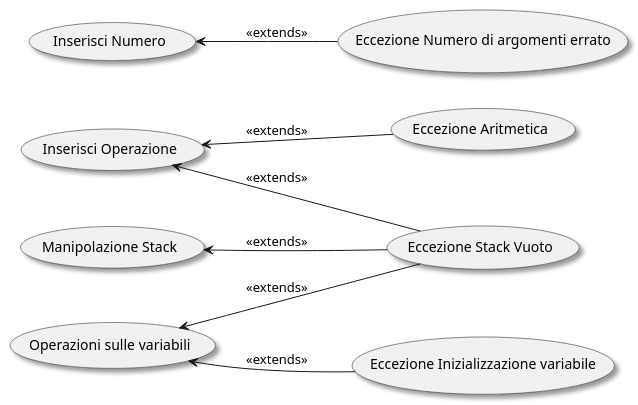
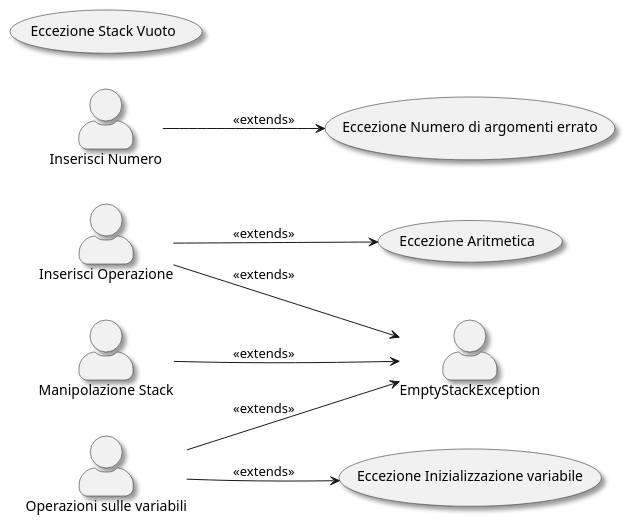
One commit to LuciaNancyLavista/Gruppo06_software_eng_L.I.V.P changed the diagram in CalcolatriceProgrammabile/Diagrams/Use Case Diagrams/ExceptionDiagramm.puml. Above: the diagram before and after it, drawn with PlantUML. The commit also changed 2 other files, not shown here.

Commit message:
Aggiornamento Diagramma
Aggiunto digramma per i metodi del controller
Corretti alcuni nomi nelle eccezioni
Corretto il class Diagram con le nuove classi

```diff
--- a/CalcolatriceProgrammabile/Diagrams/Use Case Diagrams/ExceptionDiagramm.puml
+++ b/CalcolatriceProgrammabile/Diagrams/Use Case Diagrams/ExceptionDiagramm.puml
@@ -1,26 +1,26 @@
 @startuml eccezioni
 skinparam actorStyle awesome
 skinparam shadowing true
 left to right direction
 
-usecase "Inserisci Operazione" as IO 
-usecase "Inserisci Numero" as IN 
-usecase "Manipolazione Stack" as MS 
-usecase "Operazioni sulle variabili" as OV 
+actor "Inserisci Operazione" as IO 
+actor "Inserisci Numero" as IN 
+actor "Manipolazione Stack" as MS 
+actor "Operazioni sulle variabili" as OV 
 
-usecase "Eccezione Aritmetica" as exc_ari 
-usecase "Eccezione Stack Vuoto" as stack_empty
+usecase "Eccezione Aritmetica" as OpeArithmeticException
+usecase "Eccezione Stack Vuoto" as EmpyStackException
 usecase "Eccezione Numero di argomenti errato" as wrong_argumets
 usecase "Eccezione Inizializzazione variabile" as GIv
 
-IN <-- wrong_argumets : <<extends>>
+IN --> wrong_argumets : <<extends>>
 
-IO <-- exc_ari : <<extends>>
-IO <-- stack_empty : <<extends>>
+IO --> OpeArithmeticException : <<extends>>
+IO --> EmptyStackException : <<extends>>
 
-MS <-- stack_empty : <<extends>>
+MS --> EmptyStackException : <<extends>>
 
-OV <-- stack_empty : <<extends>>
-OV <-- GIv : <<extends>>
+OV --> EmptyStackException : <<extends>>
+OV --> GIv : <<extends>>
 
 @enduml
```
